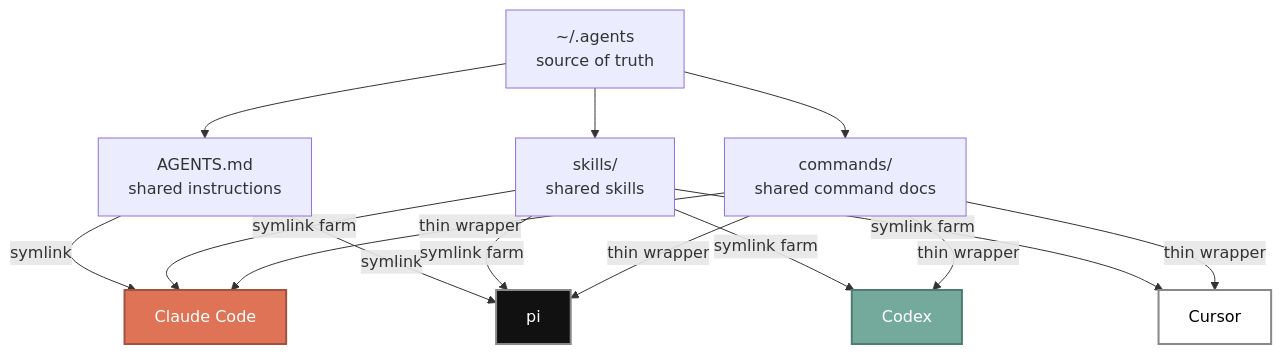
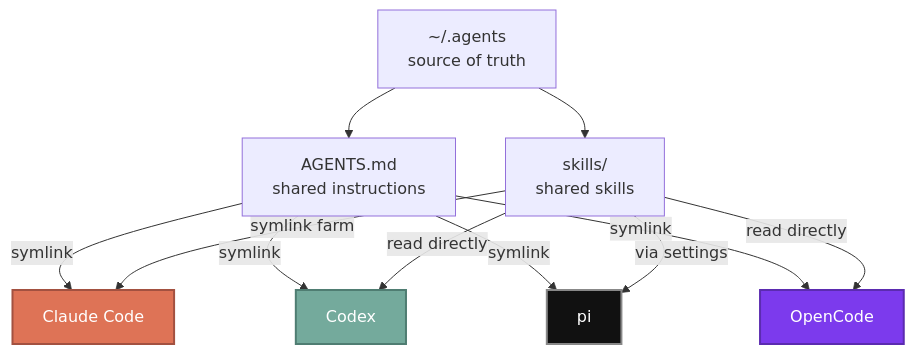
The second of 3 diagrams in content/posts/agents-dev-setup-on-macbook.md (absolutepraya/blog), drawn with Mermaid before and after one commit. The commit also changed other lines of this file and 4 other files, not shown here.

````diff
--- a/content/posts/agents-dev-setup-on-macbook.md
+++ b/content/posts/agents-dev-setup-on-macbook.md
@@ -114,30 +113,26 @@
 ```mermaid
 graph TD
     A["~/.agents<br/>source of truth"]
     A --> AGENTS["AGENTS.md<br/>shared instructions"]
     A --> SKILLS["skills/<br/>shared skills"]
-    A --> COMMANDS["commands/<br/>shared command docs"]
 
     AGENTS -->|symlink| CC
+    AGENTS -->|symlink| CX
     AGENTS -->|symlink| PI
+    AGENTS -->|symlink| OC
 
     SKILLS -->|symlink farm| CC
-    SKILLS -->|symlink farm| CX
-    SKILLS -->|symlink farm| PI
-    SKILLS -->|symlink farm| CR
-
-    COMMANDS -->|thin wrapper| CC
-    COMMANDS -->|thin wrapper| CX
-    COMMANDS -->|thin wrapper| PI
-    COMMANDS -->|thin wrapper| CR
+    SKILLS -->|read directly| CX
+    SKILLS -->|via settings| PI
+    SKILLS -->|read directly| OC
 
     CC[Claude Code]
     CX[Codex]
     PI[pi]
-    CR[Cursor]
+    OC[OpenCode]
 
     style CC fill:#DE7356,color:#fff,stroke:#a35140,stroke-width:2px
     style CX fill:#74AA9C,color:#fff,stroke:#4f7d72,stroke-width:2px
     style PI fill:#111111,color:#fff,stroke:#888,stroke-width:2px
-    style CR fill:#ffffff,color:#000,stroke:#888,stroke-width:2px
+    style OC fill:#7C3AED,color:#fff,stroke:#5b2bb0,stroke-width:2px
 ```
````
